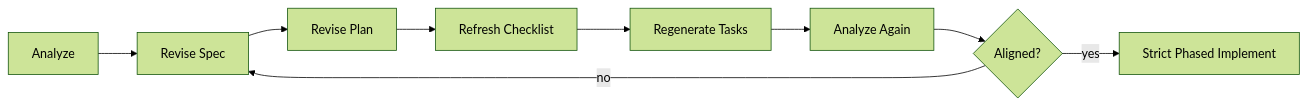
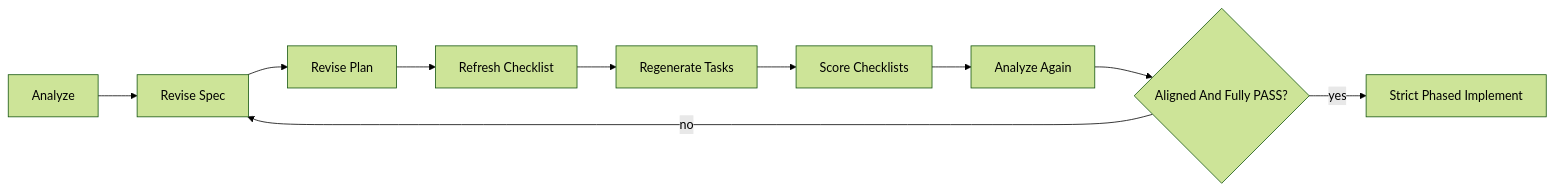
The diagram in docs/reproducibility/rerun-routing.md (jessepetersondev/jesses-book-of-cool-speckit), drawn with Mermaid (forest theme) before and after one commit. The commit also changed other lines of this file and 17 other files, not shown here.

````diff
--- a/docs/reproducibility/rerun-routing.md
+++ b/docs/reproducibility/rerun-routing.md
@@ -30,11 +31,12 @@
 ```mermaid
 flowchart LR
     A[Analyze] --> B[Revise Spec]
     B --> C[Revise Plan]
     C --> D[Refresh Checklist]
     D --> E[Regenerate Tasks]
-    E --> F[Analyze Again]
-    F --> G{Aligned?}
-    G -->|yes| H[Strict Phased Implement]
-    G -->|no| B
+    E --> F[Score Checklists]
+    F --> G[Analyze Again]
+    G --> H{Aligned And Fully PASS?}
+    H -->|yes| I[Strict Phased Implement]
+    H -->|no| B
 ```
````
